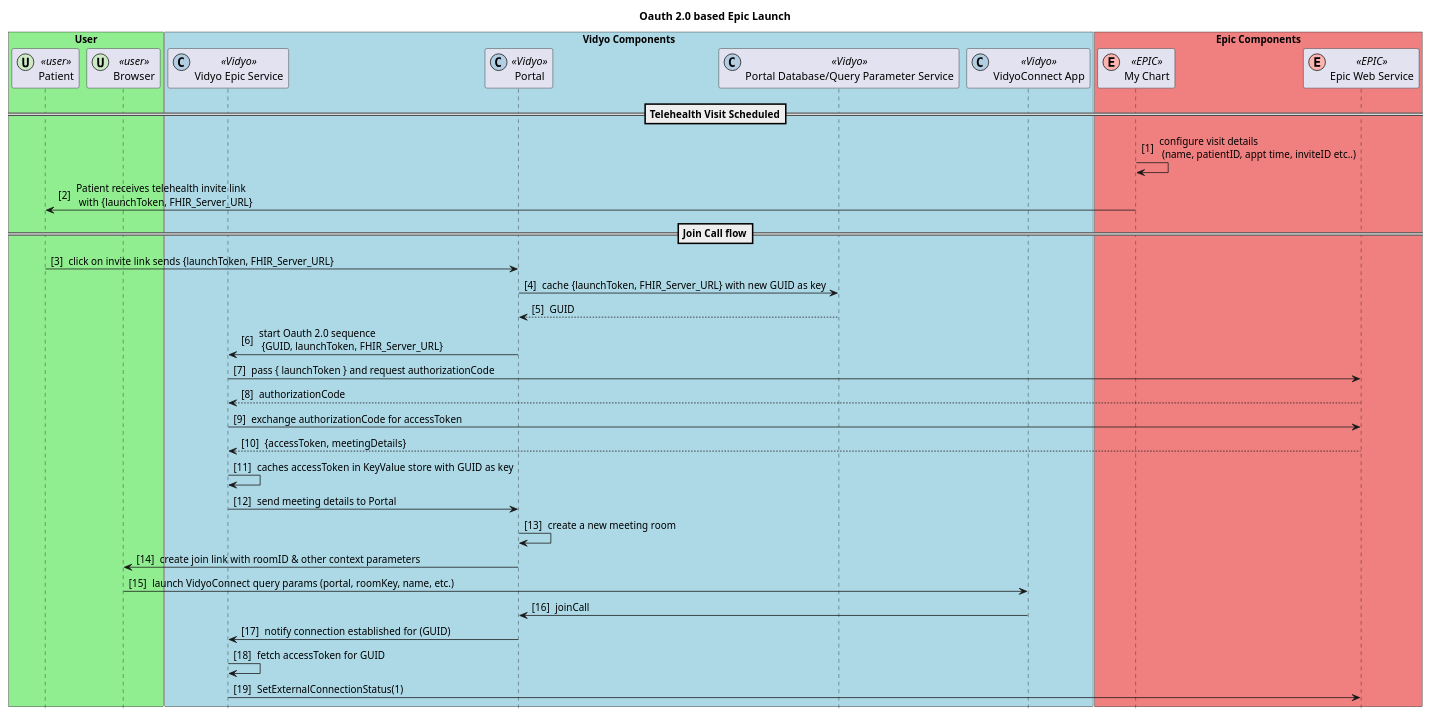
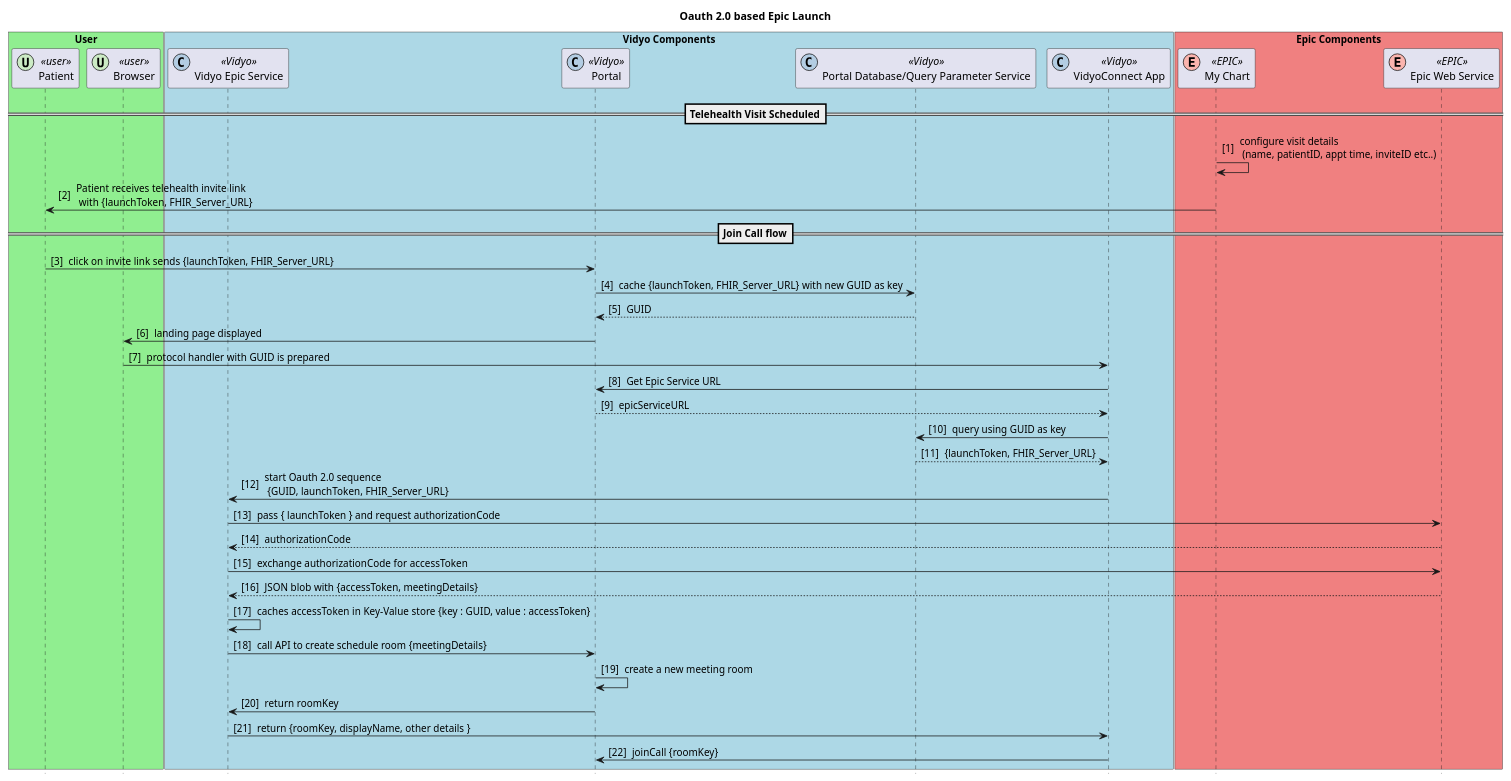
The diagram in docs/uml/source/oauthLaunch.wsd (squashmeister99/architecture-viewer), drawn with PlantUML before and after one commit. The commit also changed 4 other files, not shown here.

```diff
--- a/docs/uml/source/oauthLaunch.wsd
+++ b/docs/uml/source/oauthLaunch.wsd
@@ -1,53 +1,57 @@
 @startuml
 title "Oauth 2.0 based Epic Launch"
 hide footbox
 autonumber "[0] "
 
 box "User" #LightGreen
 participant "Patient" as Patient << (U, #ccebc5) user >>
 participant "Browser" as Browser << (U, #ccebc5) user >>
 end box
 
 box "Vidyo Components" #LightBlue
 participant "Vidyo Epic Service" as VidyoEpicService << (C, #b3cde3) Vidyo >>
 participant "Portal" as Portal << (C, #b3cde3) Vidyo >>
 participant "Portal Database/Query Parameter Service" as PortalDB << (C, #b3cde3) Vidyo >>
 participant "VidyoConnect App" as VidyoConnect << (C, #b3cde3  ) Vidyo >>
 end box
 
 box "Epic Components" #LightCoral
 participant "My Chart" as Epic << (E, #fbb4ae) EPIC >>
 participant "Epic Web Service" as EPS << (E, #fbb4ae) EPIC >>
 end box
 
 ==Telehealth Visit Scheduled==
 Epic -> Epic: configure visit details \n (name, patientID, appt time, inviteID etc..)
 Epic -> Patient: Patient receives telehealth invite link \n with {launchToken, FHIR_Server_URL}
 
 ==Join Call flow==
 Patient -> Portal: click on invite link sends {launchToken, FHIR_Server_URL}
 Portal-> PortalDB: cache {launchToken, FHIR_Server_URL} with new GUID as key
 return GUID
-Portal->VidyoEpicService: start Oauth 2.0 sequence \n {GUID, launchToken, FHIR_Server_URL}
+Portal->Browser: landing page displayed
+Browser->VidyoConnect : protocol handler with GUID is prepared
+VidyoConnect->Portal : Get Epic Service URL
+return epicServiceURL
+VidyoConnect->PortalDB : query using GUID as key
+return {launchToken, FHIR_Server_URL}
+VidyoConnect->VidyoEpicService: start Oauth 2.0 sequence \n {GUID, launchToken, FHIR_Server_URL}
 VidyoEpicService->EPS : pass { launchToken } and request authorizationCode 
 return authorizationCode
 VidyoEpicService->EPS : exchange authorizationCode for accessToken 
-return {accessToken, meetingDetails}
-VidyoEpicService->VidyoEpicService : caches accessToken in KeyValue store with GUID as key
-VidyoEpicService->Portal : send meeting details to Portal
+return JSON blob with {accessToken, meetingDetails}
+VidyoEpicService->VidyoEpicService : caches accessToken in Key-Value store {key : GUID, value : accessToken}
+VidyoEpicService->Portal : call API to create schedule room {meetingDetails}
 Portal->Portal : create a new meeting room
-Portal->Browser : create join link with roomID & other context parameters
-Browser->VidyoConnect : launch VidyoConnect query params (portal, roomKey, name, etc.)
-VidyoConnect->Portal: joinCall
-Portal->VidyoEpicService: notify connection established for (GUID)
-VidyoEpicService->VidyoEpicService: fetch accessToken for GUID
-VidyoEpicService->EPS : SetExternalConnectionStatus(1)
+Portal->VidyoEpicService : return roomKey
+VidyoEpicService->VidyoConnect : return {roomKey, displayName, other details }
+VidyoConnect->Portal: joinCall {roomKey}
+
 
 
 
 
 
 
 
 
 @enduml
```
